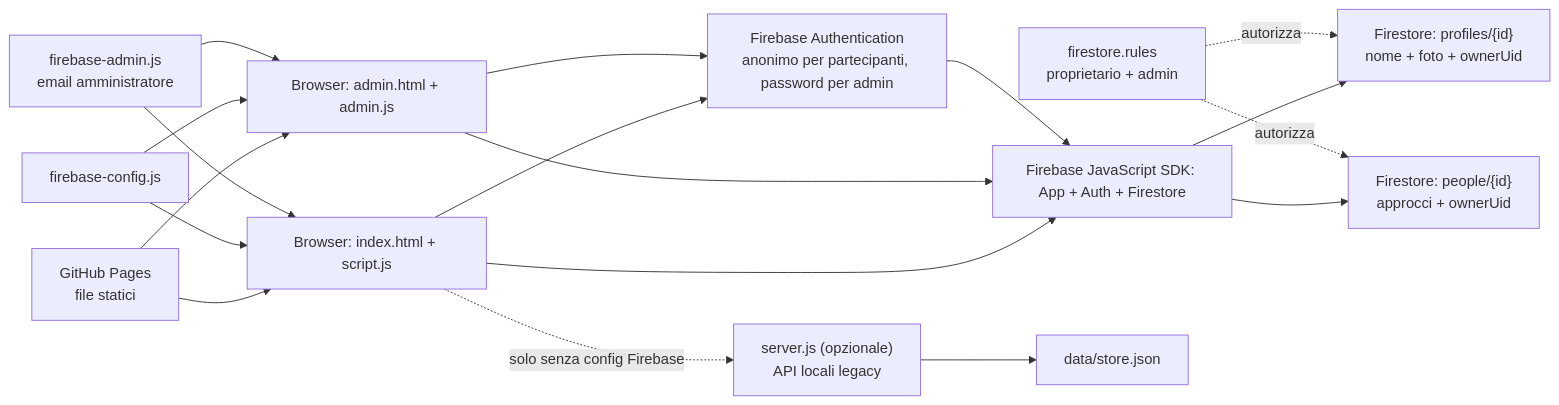
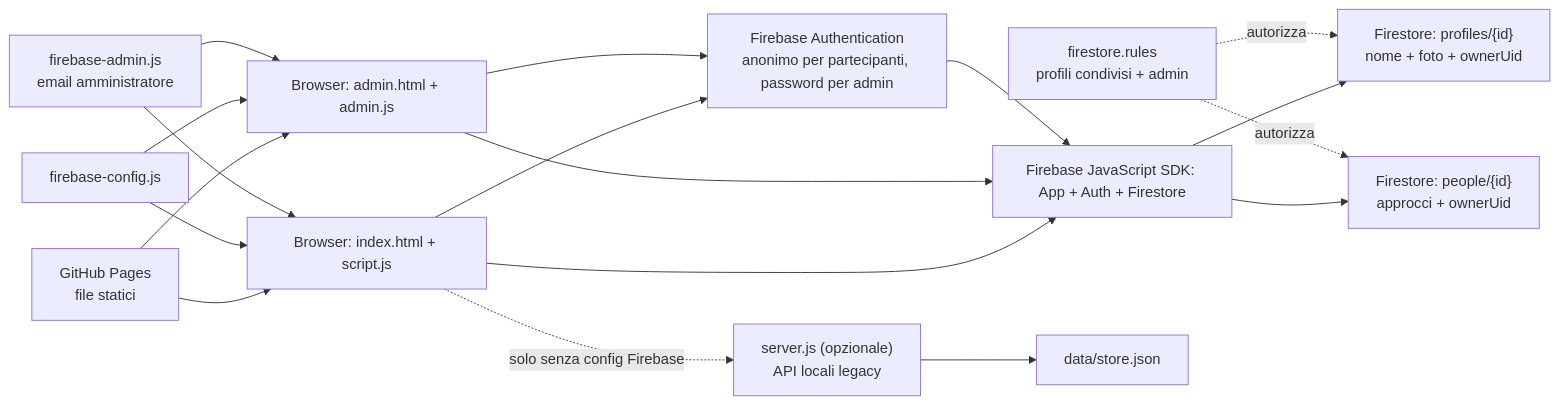
Before and after one commit to marreio296-png/sfida: the diagram in MAPPA.md, drawn with Mermaid. The commit also changed other lines of this file and 4 other files, not shown here.

````diff
--- a/MAPPA.md
+++ b/MAPPA.md
@@ -5,33 +5,33 @@
 ```mermaid
 flowchart LR
     browser["Browser: index.html + script.js"]
     admin["Browser: admin.html + admin.js"]
     config["firebase-config.js"]
     adminIdentity["firebase-admin.js<br/>email amministratore"]
     auth["Firebase Authentication<br/>anonimo per partecipanti, password per admin"]
     app["Firebase JavaScript SDK: App + Auth + Firestore"]
     profiles["Firestore: profiles/{id}<br/>nome + foto + ownerUid"]
     people["Firestore: people/{id}<br/>approcci + ownerUid"]
-    rules["firestore.rules<br/>proprietario + admin"]
+    rules["firestore.rules<br/>profili condivisi + admin"]
     pages["GitHub Pages<br/>file statici"]
     node["server.js (opzionale)<br/>API locali legacy"]
     json["data/store.json"]
 
     pages --> browser
     pages --> admin
     config --> browser
     config --> admin
     adminIdentity --> browser
     adminIdentity --> admin
     browser --> auth
     admin --> auth
     browser --> app
     admin --> app
     auth --> app
     app --> profiles
     app --> people
     rules -. autorizza .-> profiles
     rules -. autorizza .-> people
     node --> json
     browser -. solo senza config Firebase .-> node
 ```
````
